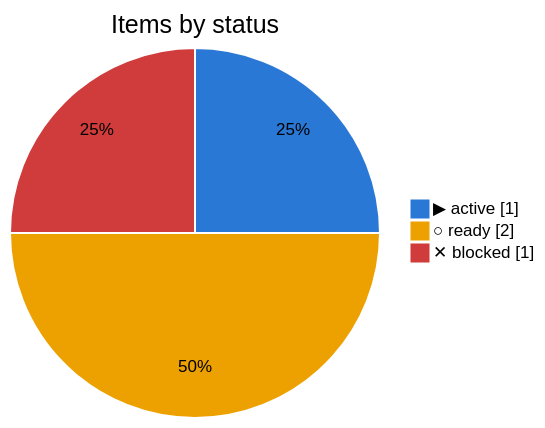
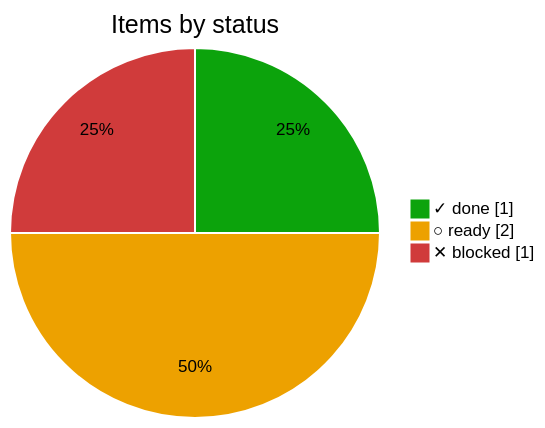
One commit to bvraghav/pmtrack changed the diagram in docs/forges.md. Above: the diagram before and after it, drawn with Mermaid. The commit also changed other lines of this file and 5 other files, not shown here.

````diff
--- a/docs/forges.md
+++ b/docs/forges.md
@@ -18,7 +18,7 @@
 ```mermaid
-%%{init: {"themeVariables": {"pie1": "#2a78d6", "pie2": "#eda100", "pie3": "#d03b3b", "pieOpacity": "1", "pieSectionTextColor": "#000", "pieStrokeColor": "#fff", "pieStrokeWidth": "2px", "pieOuterStrokeWidth": "0px"}}}%%
+%%{init: {"themeVariables": {"pie1": "#0ca30c", "pie2": "#eda100", "pie3": "#d03b3b", "pieOpacity": "1", "pieSectionTextColor": "#000", "pieStrokeColor": "#fff", "pieStrokeWidth": "2px", "pieOuterStrokeWidth": "0px"}}}%%
 pie showData title Items by status
-  "▶ active" : 1
+  "✓ done" : 1
   "○ ready" : 2
   "✕ blocked" : 1
 ```
````
